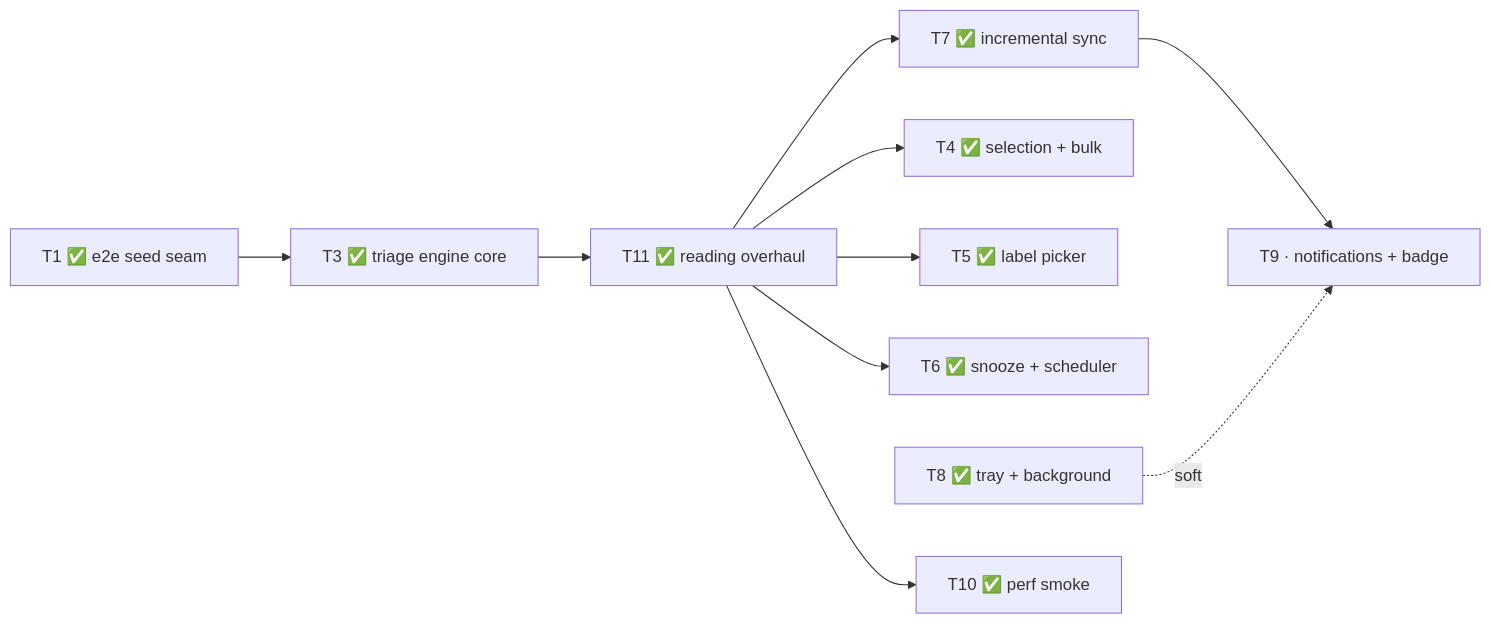
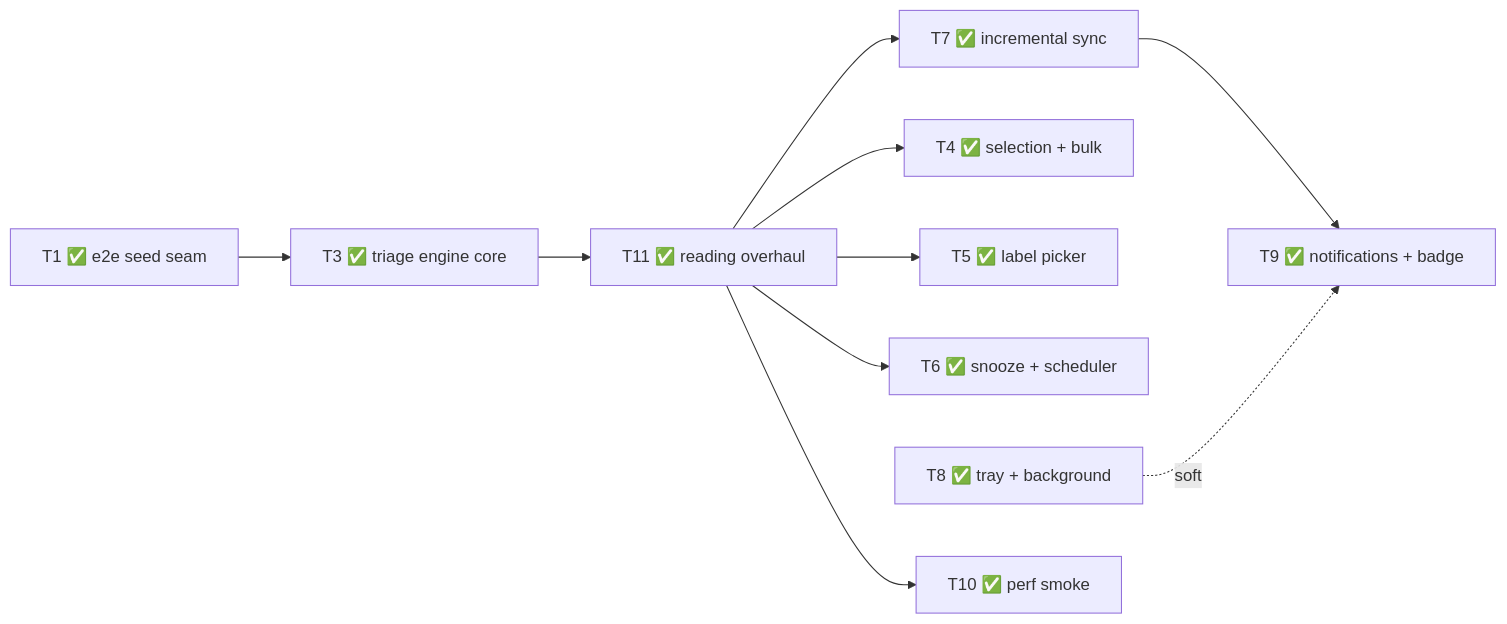
One commit to stephenw310/attn changed the diagram in docs/M1-PLAN.md. Above: the diagram before and after it, drawn with Mermaid. The commit also changed other lines of this file and 3 other files, not shown here.

````diff
--- a/docs/M1-PLAN.md
+++ b/docs/M1-PLAN.md
@@ -33,23 +34,23 @@
 ```mermaid
 graph LR
   T1[T1 ✅ e2e seed seam]
   T3[T3 ✅ triage engine core]
   T8[T8 ✅ tray + background]
   T11[T11 ✅ reading overhaul]
   T4[T4 ✅ selection + bulk]
   T5[T5 ✅ label picker]
   T6[T6 ✅ snooze + scheduler]
   T7[T7 ✅ incremental sync]
-  T9[T9 · notifications + badge]
+  T9[T9 ✅ notifications + badge]
   T10[T10 ✅ perf smoke]
 
   T1 --> T3
   T3 --> T11
   T11 --> T4
   T11 --> T5
   T11 --> T6
   T11 --> T7
   T11 --> T10
   T7 --> T9
   T8 -.soft.-> T9
 ```
````
